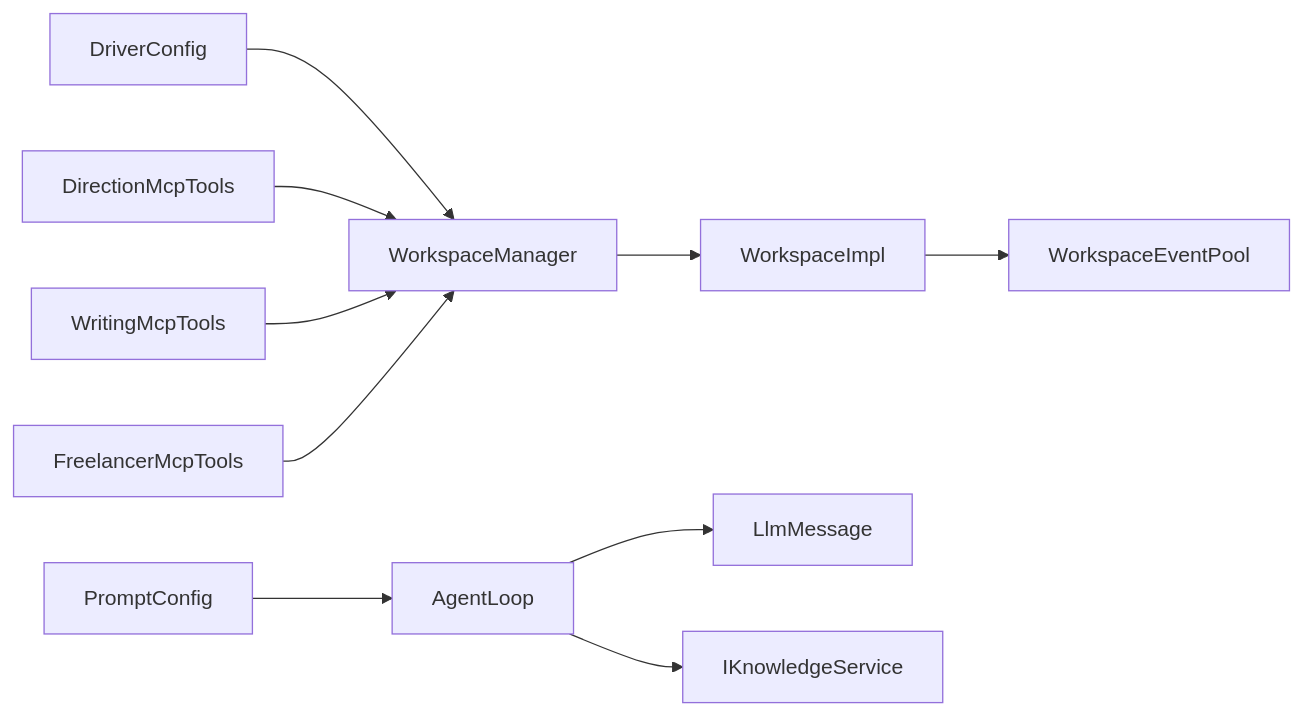
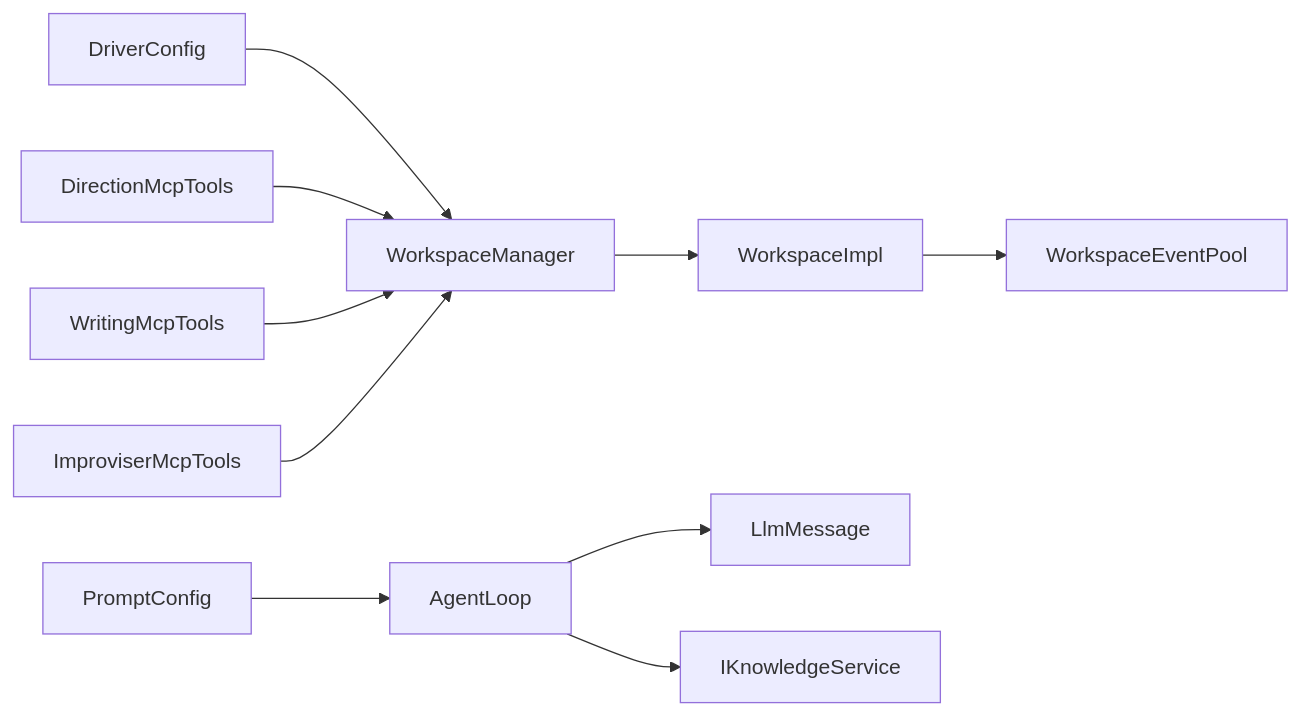
The eighth of 8 diagrams in .qoder/repowiki/zh/content/提示词系统.md (suzvka/NPCLife), drawn with Mermaid before and after one commit. The commit also changed other lines of this file and 25 other files, not shown here.

````diff
--- a/.qoder/repowiki/zh/content/提示词系统.md
+++ b/.qoder/repowiki/zh/content/提示词系统.md
@@ -372,12 +381,12 @@
 ```mermaid
 graph LR
 Prompt["PromptConfig"] --> Agent["AgentLoop"]
 DConf["DriverConfig"] --> WM["WorkspaceManager"]
 WM --> WS["WorkspaceImpl"]
 WS --> WPool["WorkspaceEventPool"]
 Agent --> LMsg["LlmMessage"]
 Agent --> KSvc["IKnowledgeService"]
 DirTools["DirectionMcpTools"] --> WM
 WriteTools["WritingMcpTools"] --> WM
-FreeTools["FreelancerMcpTools"] --> WM
+ImpTools["ImproviserMcpTools"] --> WM
 ```
````
